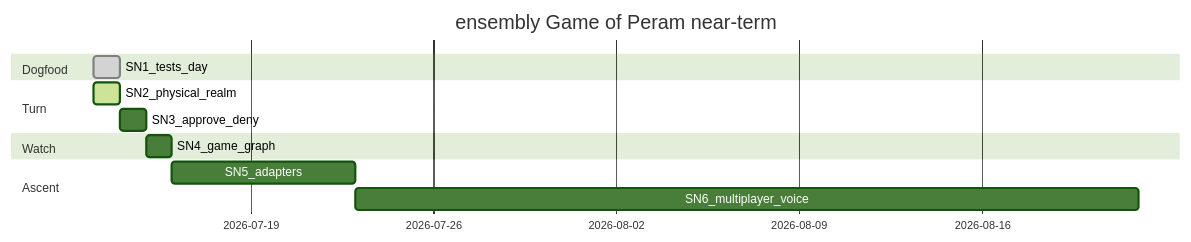
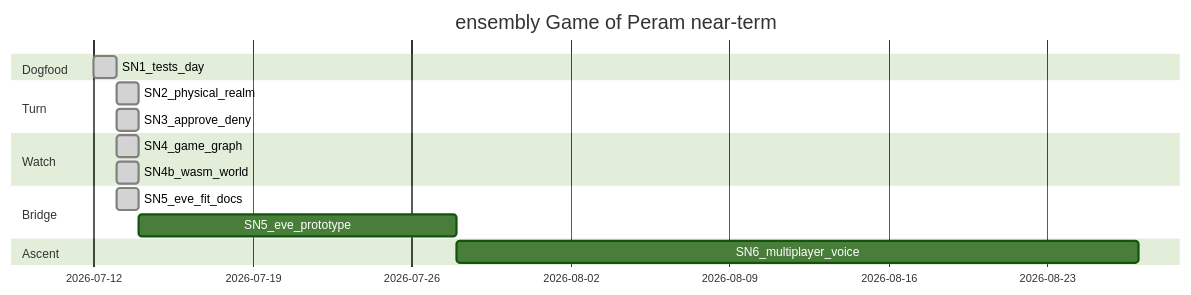
Before and after one commit to thecuriousts/ensembly: diagram 12 of 13 in docs/arch-design/coming-next.md, drawn with Mermaid (forest theme). The commit also changed other lines of this file and 7 other files, not shown here.

First line of the commit message:
Document Eve bridge fit and refresh Game of Peram docs.

````diff
--- a/docs/arch-design/coming-next.md
+++ b/docs/arch-design/coming-next.md
@@ -341,15 +362,18 @@
 ```mermaid
 gantt
   title ensembly Game of Peram near-term
   dateFormat YYYY-MM-DD
   section Dogfood
-  SN1_tests_day           :done, sn1, 2026-07-13, 1d
+  SN1_tests_day           :done, sn1, 2026-07-12, 1d
   section Turn
-  SN2_physical_realm      :active, sn2, 2026-07-13, 1d
-  SN3_approve_deny        :sn3, after sn2, 1d
+  SN2_physical_realm      :done, sn2, 2026-07-13, 1d
+  SN3_approve_deny        :done, sn3, 2026-07-13, 1d
   section Watch
-  SN4_game_graph          :sn4, after sn3, 1d
+  SN4_game_graph          :done, sn4, 2026-07-13, 1d
+  SN4b_wasm_world         :done, sn4b, 2026-07-13, 1d
+  section Bridge
+  SN5_eve_fit_docs        :done, sn5d, 2026-07-13, 1d
+  SN5_eve_prototype       :sn5p, 2026-07-14, 14d
   section Ascent
-  SN5_adapters            :sn5, after sn4, 7d
-  SN6_multiplayer_voice   :sn6, after sn5, 30d
+  SN6_multiplayer_voice   :sn6, after sn5p, 30d
 ```
````
